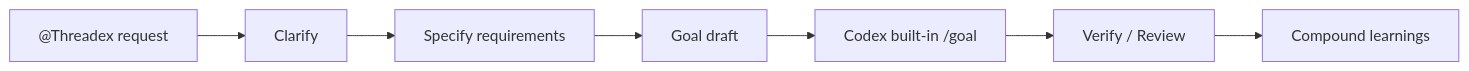
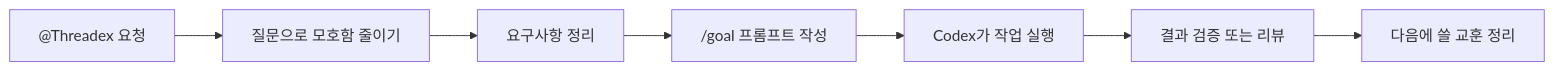
Before and after one commit to jaehoonE7877/threadex: the diagram in README.md, drawn with Mermaid. The commit also changed other lines of this file, not shown here.

````diff
--- a/README.md
+++ b/README.md
@@ -120,9 +115,9 @@
 ```mermaid
 flowchart LR
-  A["@Threadex request"] --> B["Clarify"]
-  B --> C["Specify requirements"]
-  C --> D["Goal draft"]
-  D --> E["Codex built-in /goal"]
-  E --> F["Verify / Review"]
-  F --> G["Compound learnings"]
+  A["@Threadex 요청"] --> B["질문으로 모호함 줄이기"]
+  B --> C["요구사항 정리"]
+  C --> D["/goal 프롬프트 작성"]
+  D --> E["Codex가 작업 실행"]
+  E --> F["결과 검증 또는 리뷰"]
+  F --> G["다음에 쓸 교훈 정리"]
 ```
````
